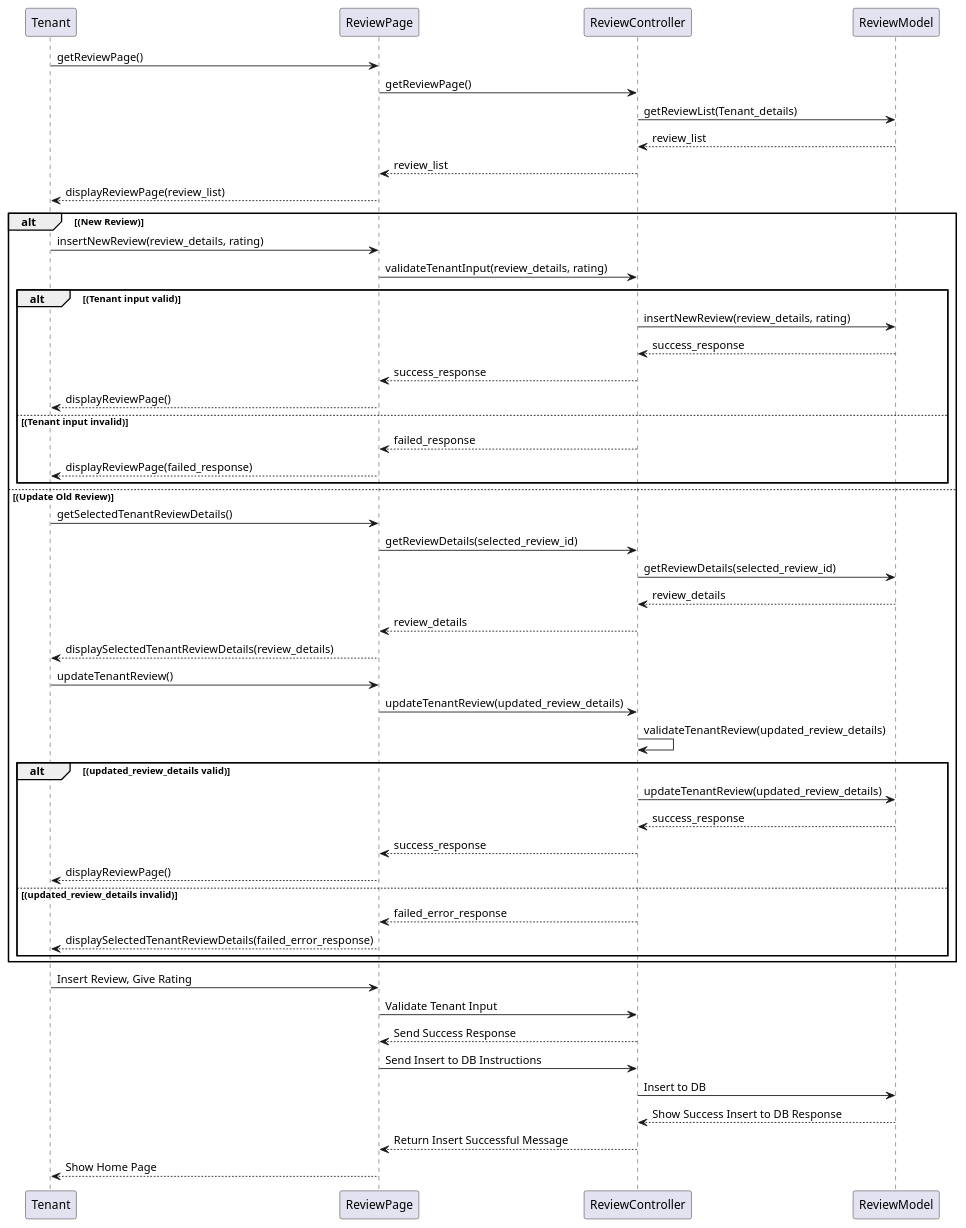
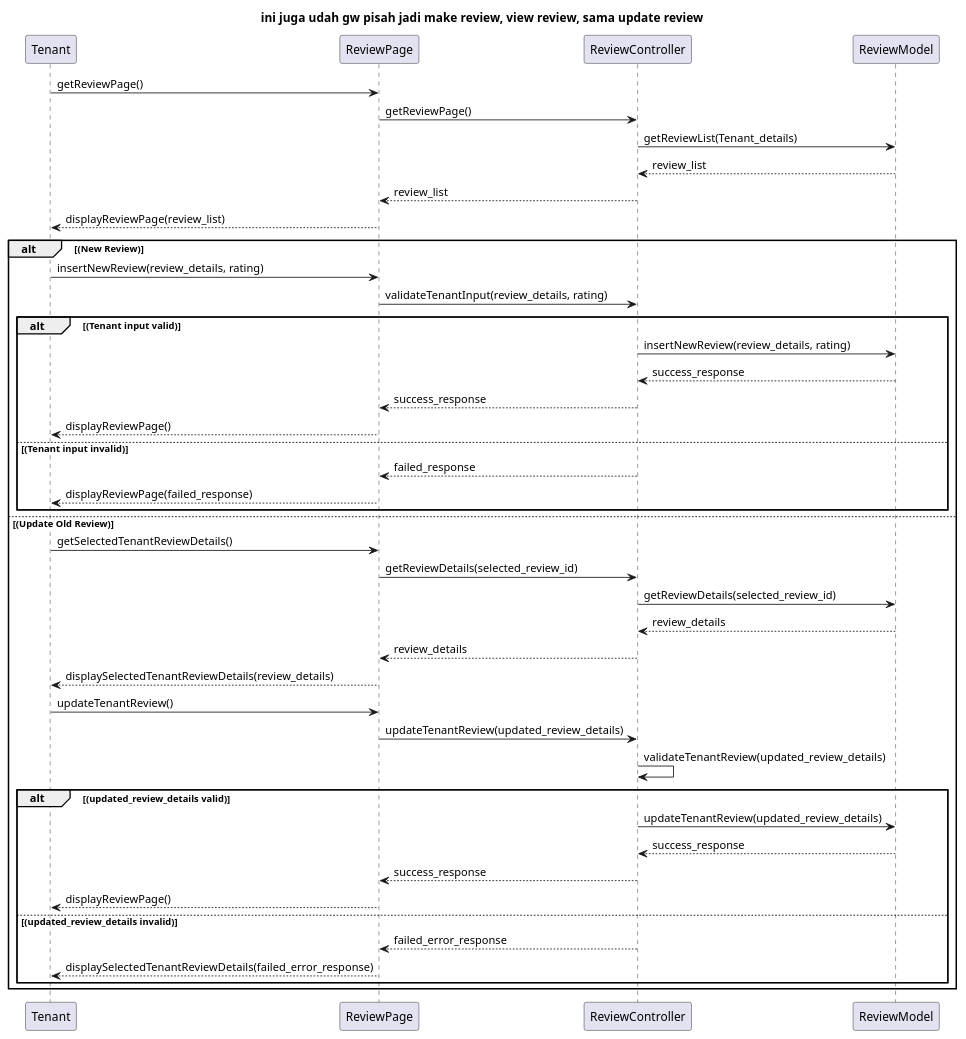
The diagram in Design/BHFMS_SEQUENCE/Review.puml (AntWort21/BHFMS), drawn with PlantUML before and after one commit. The commit also changed 34 other files, not shown here.

Commit message:
added title in sequence and activity diagram based on use case description, separated a few diagram

```diff
--- a/Design/BHFMS_SEQUENCE/Review.puml
+++ b/Design/BHFMS_SEQUENCE/Review.puml
@@ -1,55 +1,47 @@
 @startuml
+title ini juga udah gw pisah jadi make review, view review, sama update review
 Tenant -> ReviewPage: getReviewPage()
 ReviewPage -> ReviewController: getReviewPage()
 ReviewController -> ReviewModel: getReviewList(Tenant_details)
 ReviewController <-- ReviewModel: review_list
 ReviewPage <-- ReviewController: review_list
 Tenant <-- ReviewPage: displayReviewPage(review_list)
 
 alt (New Review)
     Tenant -> ReviewPage: insertNewReview(review_details, rating)
     ReviewPage -> ReviewController: validateTenantInput(review_details, rating)
 
     alt (Tenant input valid)
         ReviewController -> ReviewModel: insertNewReview(review_details, rating)
         ReviewController <-- ReviewModel: success_response
         ReviewPage <-- ReviewController: success_response
         Tenant <-- ReviewPage: displayReviewPage()
     else (Tenant input invalid)
         ReviewPage <-- ReviewController: failed_response
         Tenant <-- ReviewPage: displayReviewPage(failed_response)
     end
 
 else (Update Old Review)
     Tenant -> ReviewPage: getSelectedTenantReviewDetails()
     ReviewPage -> ReviewController: getReviewDetails(selected_review_id)
     ReviewController -> ReviewModel: getReviewDetails(selected_review_id)
     ReviewController <-- ReviewModel: review_details
     ReviewPage <-- ReviewController: review_details
     Tenant <-- ReviewPage: displaySelectedTenantReviewDetails(review_details)
 
     Tenant -> ReviewPage: updateTenantReview()
     ReviewPage -> ReviewController: updateTenantReview(updated_review_details)
     ReviewController -> ReviewController: validateTenantReview(updated_review_details)
 
     alt (updated_review_details valid)
         ReviewController -> ReviewModel: updateTenantReview(updated_review_details)
         ReviewController <-- ReviewModel: success_response
         ReviewPage <-- ReviewController: success_response
         Tenant <-- ReviewPage: displayReviewPage()
     else (updated_review_details invalid)
         ReviewPage <-- ReviewController: failed_error_response
         Tenant <-- ReviewPage: displaySelectedTenantReviewDetails(failed_error_response)
     end
 end
 
-Tenant -> ReviewPage: Insert Review, Give Rating
-ReviewPage -> ReviewController: Validate Tenant Input
-ReviewPage <-- ReviewController: Send Success Response
-ReviewPage -> ReviewController: Send Insert to DB Instructions
-ReviewController -> ReviewModel: Insert to DB
-ReviewController <-- ReviewModel: Show Success Insert to DB Response
-ReviewPage <-- ReviewController: Return Insert Successful Message
-Tenant <-- ReviewPage: Show Home Page
-
 @enduml
```
